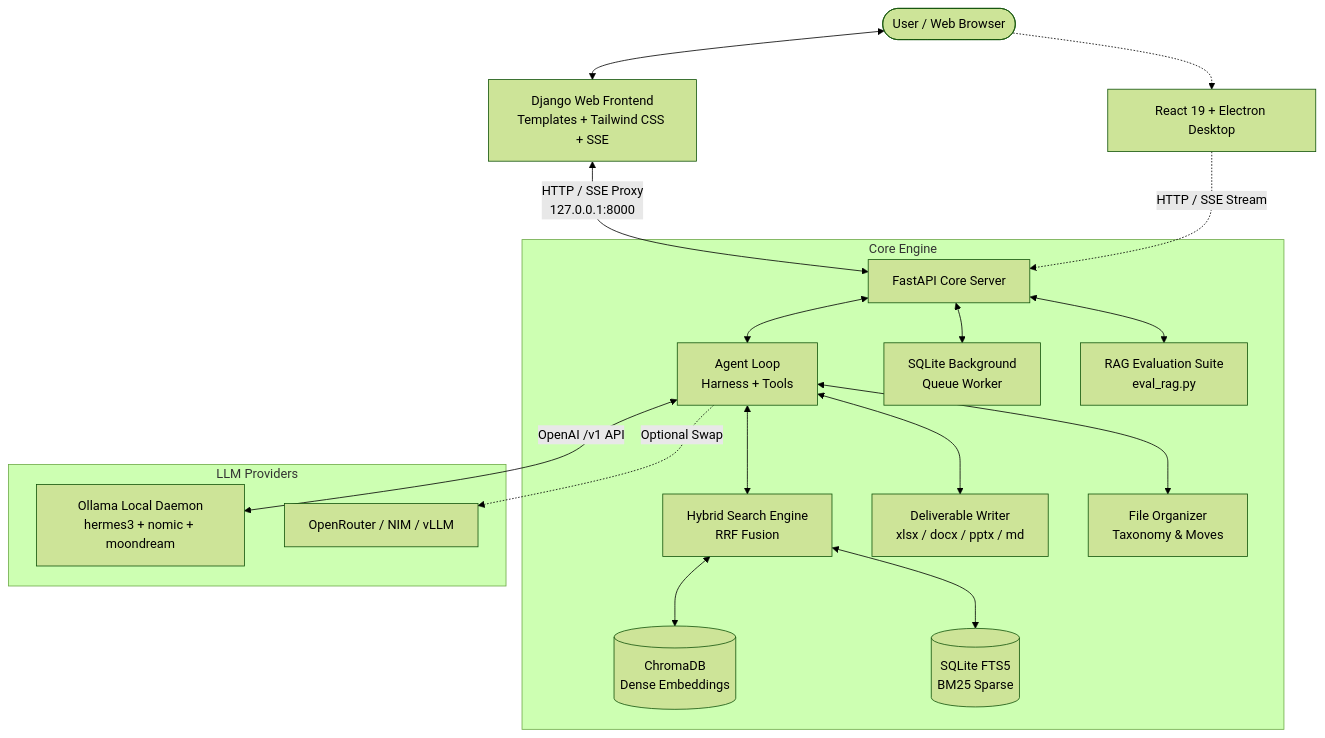
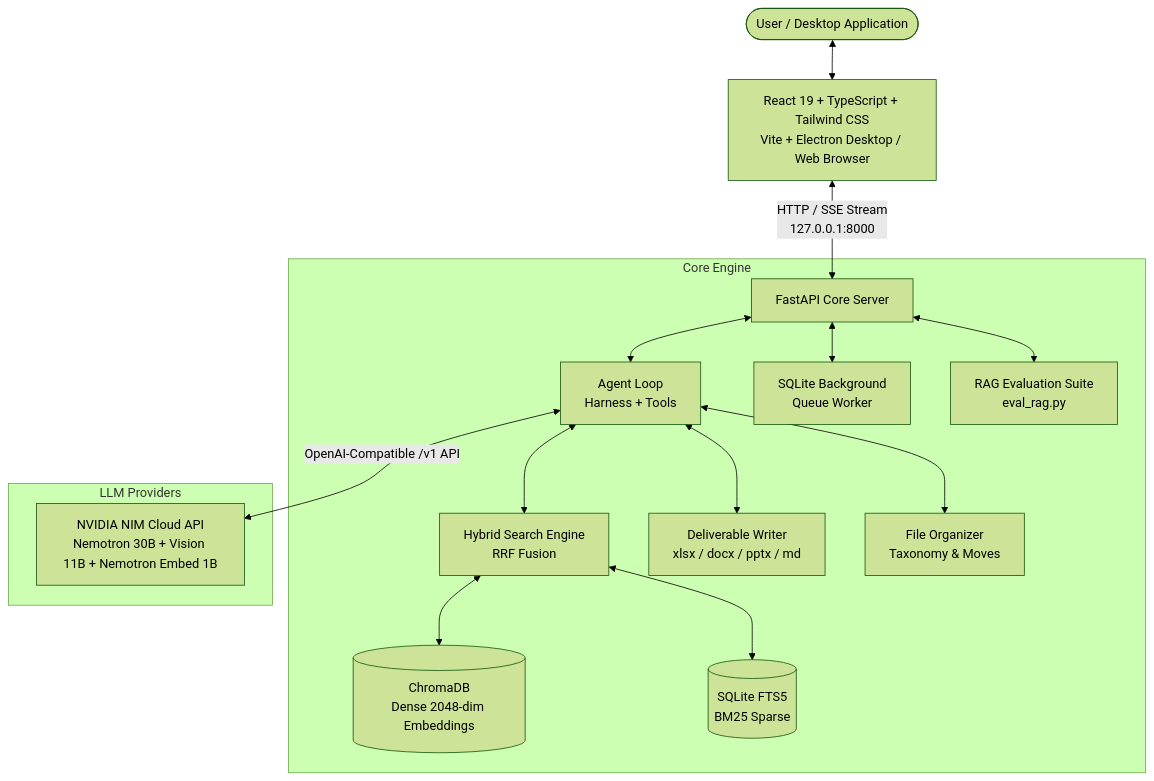
Before and after one commit to Vivekk936/Ai-Based-Personal-Knowledge-Assistant: the diagram in README.md, drawn with Mermaid (forest theme). The commit also changed other lines of this file and 56 other files, not shown here.

First line of the commit message:
feat: migrate to React + Electron desktop app, integrate NVIDIA NIM, and streamline repo

````diff
--- a/README.md
+++ b/README.md
@@ -59,26 +59,23 @@
 ```mermaid
 flowchart TD
-    User([User / Web Browser]) <--> Django[Django Web Frontend\nTemplates + Tailwind CSS + SSE]
-    User -.-> Electron[React 19 + Electron Desktop]
+    User([User / Desktop Application]) <--> Desktop[React 19 + TypeScript + Tailwind CSS\nVite + Electron Desktop / Web Browser]
     
-    Django <-->|HTTP / SSE Proxy\n127.0.0.1:8000| Server[FastAPI Core Server]
-    Electron -.->|HTTP / SSE Stream| Server
+    Desktop <-->|HTTP / SSE Stream\n127.0.0.1:8000| Server[FastAPI Core Server]
     
     subgraph Core Engine
         Server <--> Agent[Agent Loop\nHarness + Tools]
         Server <--> Indexer[SQLite Background\nQueue Worker]
         Server <--> EvalSuite[RAG Evaluation Suite\neval_rag.py]
         
         Agent <--> HybridRetriever[Hybrid Search Engine\nRRF Fusion]
-        HybridRetriever <--> Chroma[(ChromaDB\nDense Embeddings)]
+        HybridRetriever <--> Chroma[(ChromaDB\nDense 2048-dim Embeddings)]
         HybridRetriever <--> FTS5[(SQLite FTS5\nBM25 Sparse)]
         
         Agent <--> Deliver[Deliverable Writer\nxlsx / docx / pptx / md]
         Agent <--> Organizer[File Organizer\nTaxonomy & Moves]
     end
 
     subgraph LLM Providers
-        Agent <-->|OpenAI /v1 API| Ollama[Ollama Local Daemon\nhermes3 + nomic + moondream]
-        Agent -.->|Optional Swap| CloudLLM[OpenRouter / NIM / vLLM]
+        Agent <-->|OpenAI-Compatible /v1 API| NVIDIA[NVIDIA NIM Cloud API\nNemotron 30B + Vision 11B + Nemotron Embed 1B]
     end
 ```
````
